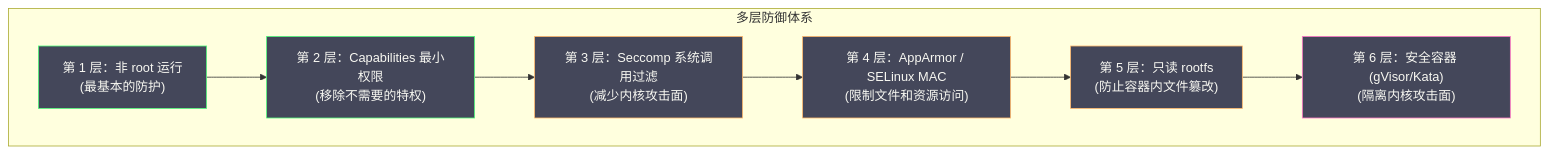
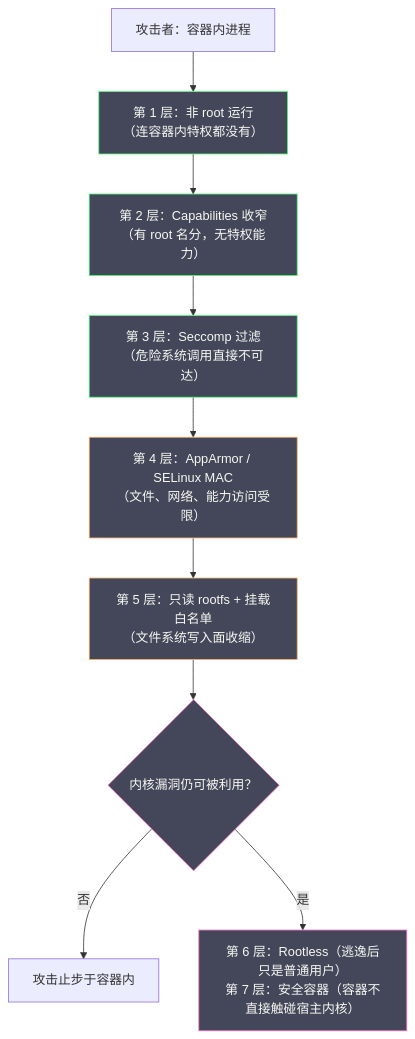
Before and after one commit to hpliStartAgain/my-brain: the first of 2 diagrams in content/云原生/Docker/06 容器安全边界与逃逸风险.md, drawn with Mermaid. The commit also changed other lines of this file and 47 other files, not shown here.

````diff
--- a/content/云原生/Docker/06 容器安全边界与逃逸风险.md
+++ b/content/云原生/Docker/06 容器安全边界与逃逸风险.md
@@ -50,26 +56,20 @@
 ```mermaid
 %%{init: {'theme': 'dracula'}}%%
 graph TD
-    subgraph "多层防御体系"
-        L1["第 1 层：非 root 运行</br>(最基本的防护)"]
-        L2["第 2 层：Capabilities 最小权限</br>(移除不需要的特权)"]
-        L3["第 3 层：Seccomp 系统调用过滤</br>(减少内核攻击面)"]
-        L4["第 4 层：AppArmor / SELinux MAC</br>(限制文件和资源访问)"]
-        L5["第 5 层：只读 rootfs</br>(防止容器内文件篡改)"]
-        L6["第 6 层：安全容器 (gVisor/Kata)</br>(隔离内核攻击面)"]
-    end
+    A["攻击者：容器内进程"] --> B["第 1 层：非 root 运行<br>（连容器内特权都没有）"]
+    B --> C["第 2 层：Capabilities 收窄<br>（有 root 名分，无特权能力）"]
+    C --> D["第 3 层：Seccomp 过滤<br>（危险系统调用直接不可达）"]
+    D --> E["第 4 层：AppArmor / SELinux MAC<br>（文件、网络、能力访问受限）"]
+    E --> F["第 5 层：只读 rootfs + 挂载白名单<br>（文件系统写入面收缩）"]
+    F --> G{"内核漏洞仍可被利用？"}
+    G -->|"否"| H["攻击止步于容器内"]
+    G -->|"是"| I["第 6 层：Rootless（逃逸后只是普通用户）<br>第 7 层：安全容器（容器不直接触碰宿主内核）"]
 
-    L1 --> L2
-    L2 --> L3
-    L3 --> L4
-    L4 --> L5
-    L5 --> L6
+    classDef layer1 fill:#44475a,stroke:#50fa7b,color:#f8f8f2
+    classDef layer2 fill:#44475a,stroke:#ffb86c,color:#f8f8f2
+    classDef layer3 fill:#44475a,stroke:#ff79c6,color:#f8f8f2
 
-    classDef basic fill:#44475a,stroke:#50fa7b,color:#f8f8f2
-    classDef medium fill:#44475a,stroke:#ffb86c,color:#f8f8f2
-    classDef advanced fill:#44475a,stroke:#ff79c6,color:#f8f8f2
-
-    class L1,L2 basic
-    class L3,L4,L5 medium
-    class L6 advanced
+    class B,C,D layer1
+    class E,F layer2
+    class I,G layer3
 ```
````
